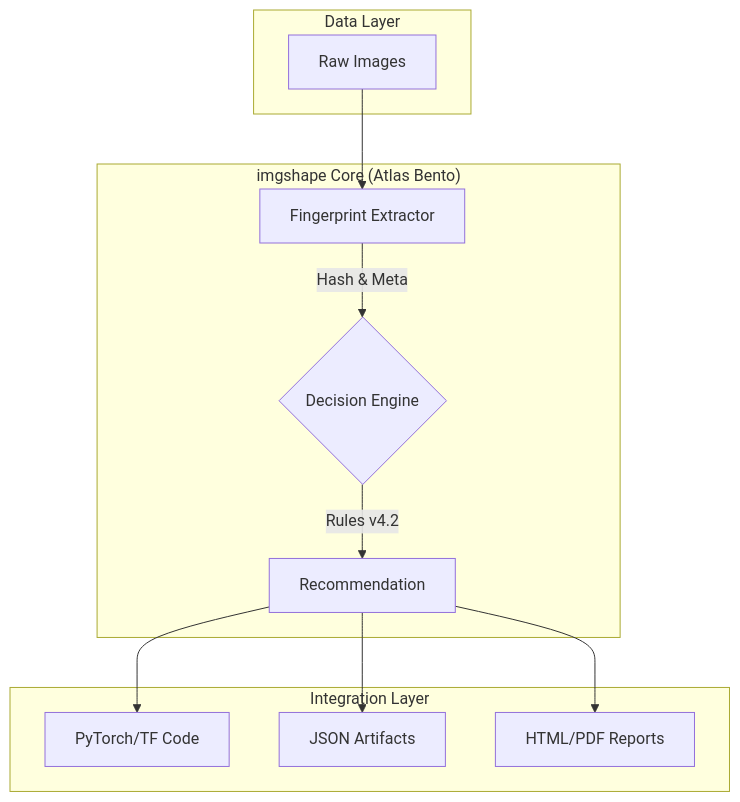
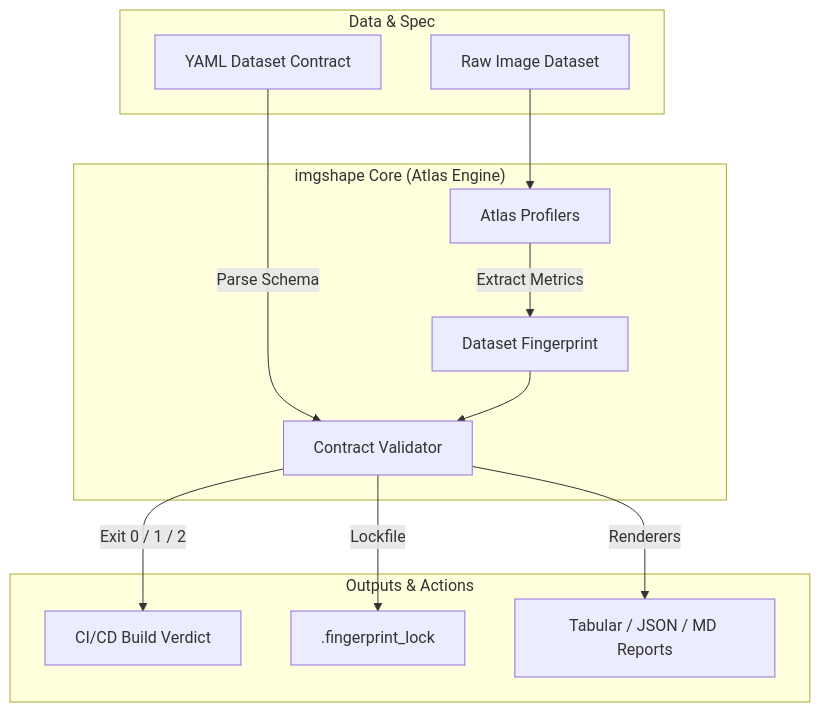
One commit to STiFLeR7/imgshape changed the diagram in README.md. Above: the diagram before and after it, drawn with Mermaid. The commit also changed other lines of this file and 144 other files, not shown here.

Commit message:
feat: complete release v5.0.0 (Covenant) architectures, contract verification and lint/style fixes

````diff
--- a/README.md
+++ b/README.md
@@ -141,19 +126,21 @@
 ```mermaid
 graph TD
-    subgraph "Data Layer"
-    A[Raw Images]
+    subgraph "Data & Spec"
+    A[Raw Image Dataset]
+    B[YAML Dataset Contract]
     end
 
-    subgraph "imgshape Core (Atlas Bento)"
-    B[Fingerprint Extractor] -->|Hash & Meta| C{Decision Engine}
-    C -->|Rules v4.2| D[Recommendation]
+    subgraph "imgshape Core (Atlas Engine)"
+    C[Atlas Profilers] -->|Extract Metrics| D[Dataset Fingerprint]
+    B -->|Parse Schema| E[Contract Validator]
+    D --> E
     end
 
-    subgraph "Integration Layer"
-    D --> E[PyTorch/TF Code]
-    D --> F[JSON Artifacts]
-    D --> G[HTML/PDF Reports]
+    subgraph "Outputs & Actions"
+    E -->|Exit 0 / 1 / 2| F[CI/CD Build Verdict]
+    E -->|Lockfile| G[.fingerprint_lock]
+    E -->|Renderers| H[Tabular / JSON / MD Reports]
     end
 
-    A --> B
+    A --> C
 ```
````
